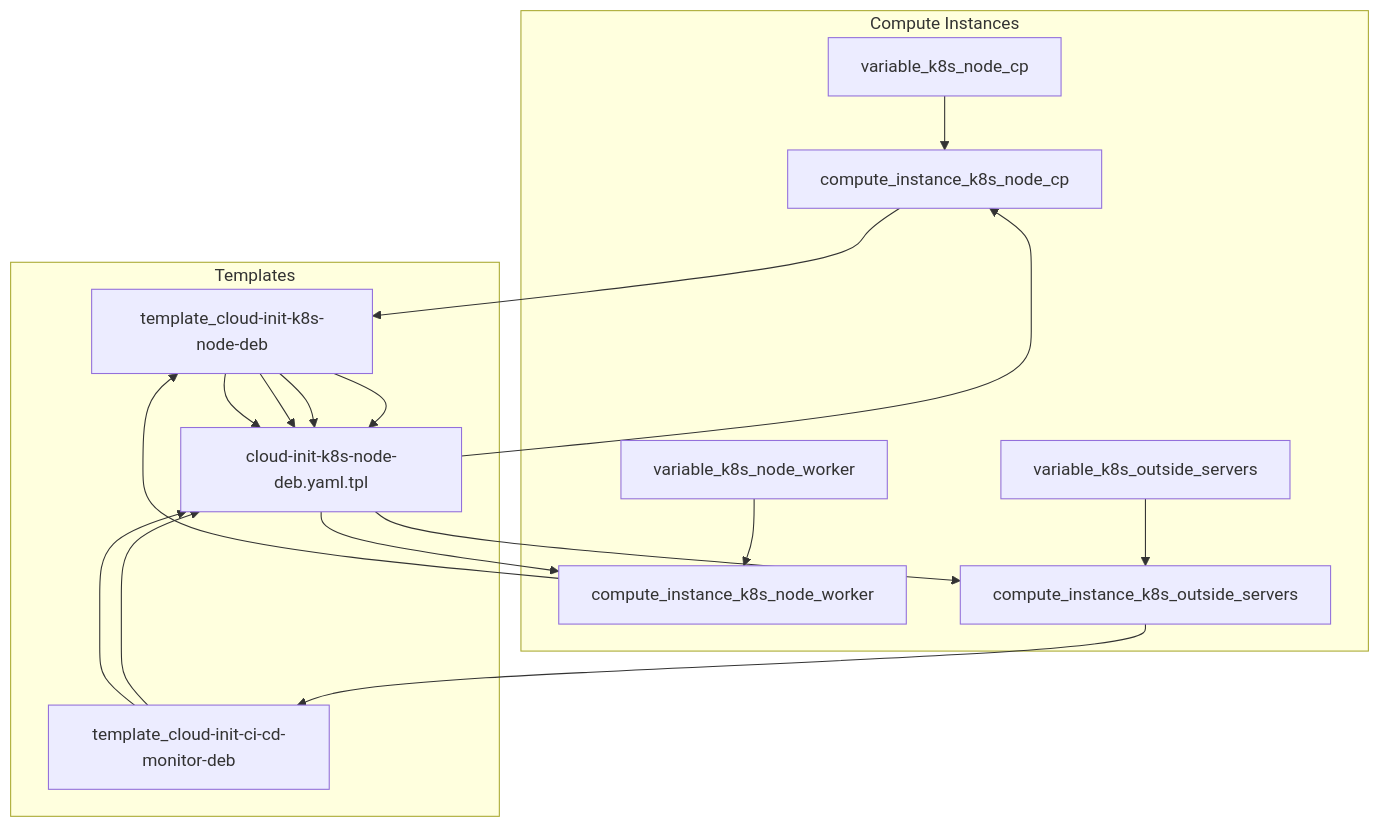
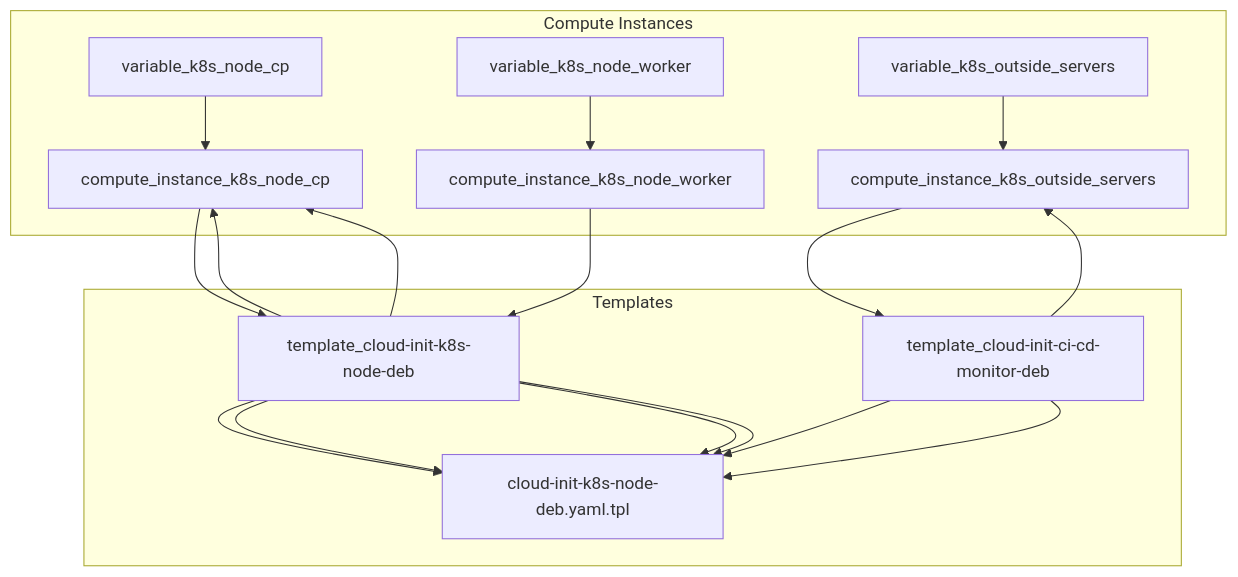
One commit to Morshimus/SkillFactory-Diploma-Work changed the seventh of 7 diagrams in README.md. Above: the diagram before and after it, drawn with Mermaid.

````diff
--- a/README.md
+++ b/README.md
@@ -191,28 +191,28 @@
 ```mermaid
 
 graph TD
 
     subgraph Compute Instances
         variable_k8s_node_cp --> compute_instance_k8s_node_cp
         variable_k8s_node_worker --> compute_instance_k8s_node_worker
         variable_k8s_outside_servers --> compute_instance_k8s_outside_servers
     end
 
     subgraph Templates
         template_cloud-init-k8s-node-deb --> cloud-init-k8s-node-deb.yaml.tpl
         template_cloud-init-k8s-node-deb --> cloud-init-k8s-node-deb.yaml.tpl
         template_cloud-init-ci-cd-monitor-deb --> cloud-init-k8s-node-deb.yaml.tpl
     end
 
     compute_instance_k8s_node_cp --> template_cloud-init-k8s-node-deb
     compute_instance_k8s_node_worker --> template_cloud-init-k8s-node-deb
-    compute_instance_k8s_outside_servers -->template_cloud-init-ci-cd-monitor-deb
+    compute_instance_k8s_outside_servers --> template_cloud-init-ci-cd-monitor-deb
     template_cloud-init-k8s-node-deb --> cloud-init-k8s-node-deb.yaml.tpl
     template_cloud-init-k8s-node-deb --> cloud-init-k8s-node-deb.yaml.tpl
     template_cloud-init-ci-cd-monitor-deb --> cloud-init-k8s-node-deb.yaml.tpl
-    cloud-init-k8s-node-deb.yaml.tpl --> compute_instance_k8s_node_cp
-    cloud-init-k8s-node-deb.yaml.tpl --> compute_instance_k8s_node_worker
-    cloud-init-k8s-node-deb.yaml.tpl --> compute_instance_k8s_outside_servers
+    template_cloud-init-k8s-node-deb --> compute_instance_k8s_node_cp
+    template_cloud-init-k8s-node-deb --> compute_instance_k8s_node_cp
+    template_cloud-init-ci-cd-monitor-deb --> compute_instance_k8s_outside_servers
 
 
 ```
````
